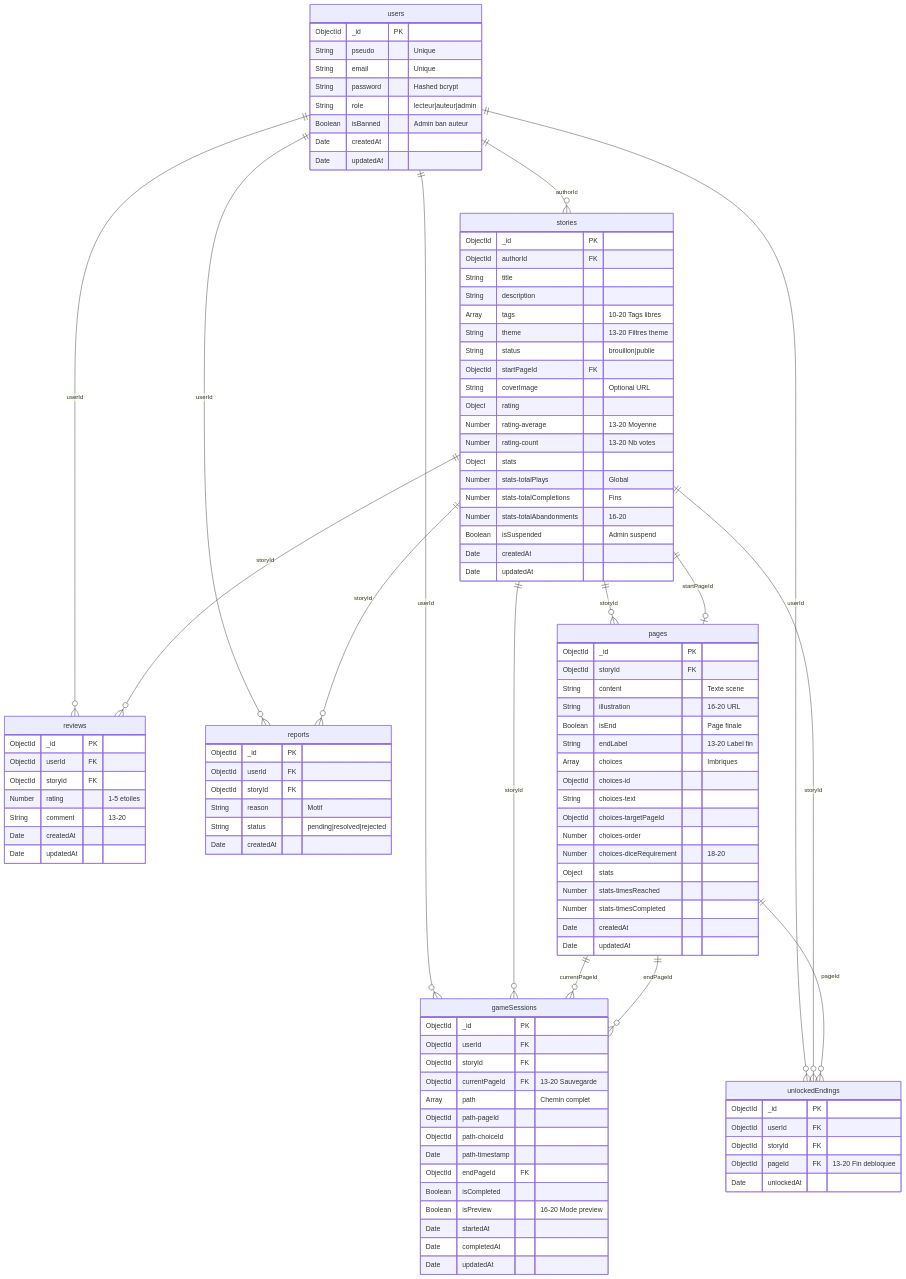
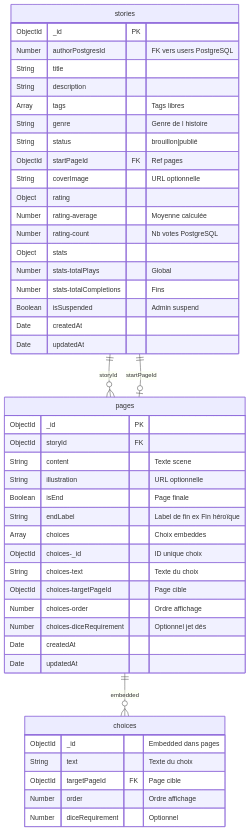
The diagram in nahb-database-schemas/MongoDB - Schéma Mermaid.mmd (itsaam/NAHB), drawn with Mermaid before and after one commit. The commit also changed 12 other files, not shown here.

Commit message:
feat: ajout de la documentation Swagger pour les routes de l'API chore: ajout des dépendances swagger-jsdoc et swagger-ui-express fix: mise à jour des schémas de base de données MongoDB et PostgreSQL

```diff
--- a/nahb-database-schemas/MongoDB - Schéma Mermaid.mmd
+++ b/nahb-database-schemas/MongoDB - Schéma Mermaid.mmd
@@ -1,114 +1,51 @@
 erDiagram
-    users ||--o{ stories : "authorId"
-    users ||--o{ gameSessions : "userId"
-    users ||--o{ reviews : "userId"
-    users ||--o{ reports : "userId"
-    users ||--o{ unlockedEndings : "userId"
-    
     stories ||--o{ pages : "storyId"
-    stories ||--o{ gameSessions : "storyId"
-    stories ||--o{ reviews : "storyId"
-    stories ||--o{ reports : "storyId"
-    stories ||--o{ unlockedEndings : "storyId"
     stories ||--o| pages : "startPageId"
     
-    pages ||--o{ gameSessions : "currentPageId"
-    pages ||--o{ gameSessions : "endPageId"
-    pages ||--o{ unlockedEndings : "pageId"
-    
-    users {
-        ObjectId _id PK
-        String pseudo "Unique"
-        String email "Unique"
-        String password "Hashed bcrypt"
-        String role "lecteur|auteur|admin"
-        Boolean isBanned "Admin ban auteur"
-        Date createdAt
-        Date updatedAt
-    }
+    pages ||--o{ choices : "embedded"
     
     stories {
         ObjectId _id PK
-        ObjectId authorId FK
+        Number authorPostgresId "FK vers users PostgreSQL"
         String title
         String description
-        Array tags "10-20 Tags libres"
-        String theme "13-20 Filtres theme"
-        String status "brouillon|publie"
-        ObjectId startPageId FK
-        String coverImage "Optional URL"
+        Array tags "Tags libres"
+        String genre "Genre de l histoire"
+        String status "brouillon|publié"
+        ObjectId startPageId FK "Ref pages"
+        String coverImage "URL optionnelle"
         Object rating
-        Number rating-average "13-20 Moyenne"
-        Number rating-count "13-20 Nb votes"
+        Number rating-average "Moyenne calculée"
+        Number rating-count "Nb votes PostgreSQL"
         Object stats
         Number stats-totalPlays "Global"
         Number stats-totalCompletions "Fins"
-        Number stats-totalAbandonments "16-20"
         Boolean isSuspended "Admin suspend"
         Date createdAt
         Date updatedAt
     }
     
     pages {
         ObjectId _id PK
         ObjectId storyId FK
         String content "Texte scene"
-        String illustration "16-20 URL"
+        String illustration "URL optionnelle"
         Boolean isEnd "Page finale"
-        String endLabel "13-20 Label fin"
-        Array choices "Imbriques"
-        ObjectId choices-id
-        String choices-text
-        ObjectId choices-targetPageId
-        Number choices-order
-        Number choices-diceRequirement "18-20"
-        Object stats
-        Number stats-timesReached
-        Number stats-timesCompleted
+        String endLabel "Label de fin ex Fin héroïque"
+        Array choices "Choix embeddes"
+        ObjectId choices-_id "ID unique choix"
+        String choices-text "Texte du choix"
+        ObjectId choices-targetPageId "Page cible"
+        Number choices-order "Ordre affichage"
+        Number choices-diceRequirement "Optionnel jet dés"
         Date createdAt
         Date updatedAt
     }
     
-    gameSessions {
-        ObjectId _id PK
-        ObjectId userId FK
-        ObjectId storyId FK
-        ObjectId currentPageId FK "13-20 Sauvegarde"
-        Array path "Chemin complet"
-        ObjectId path-pageId
-        ObjectId path-choiceId
-        Date path-timestamp
-        ObjectId endPageId FK
-        Boolean isCompleted
-        Boolean isPreview "16-20 Mode preview"
-        Date startedAt
-        Date completedAt
-        Date updatedAt
+    choices {
+        ObjectId _id "Embedded dans pages"
+        String text "Texte du choix"
+        ObjectId targetPageId FK "Page cible"
+        Number order "Ordre affichage"
+        Number diceRequirement "Optionnel"
     }
-    
-    reviews {
-        ObjectId _id PK
-        ObjectId userId FK
-        ObjectId storyId FK
-        Number rating "1-5 etoiles"
-        String comment "13-20"
-        Date createdAt
-        Date updatedAt
-    }
-    
-    reports {
-        ObjectId _id PK
-        ObjectId userId FK
-        ObjectId storyId FK
-        String reason "Motif"
-        String status "pending|resolved|rejected"
-        Date createdAt
-    }
-    
-    unlockedEndings {
-        ObjectId _id PK
-        ObjectId userId FK
-        ObjectId storyId FK
-        ObjectId pageId FK "13-20 Fin debloquee"
-        Date unlockedAt
-    }
```
